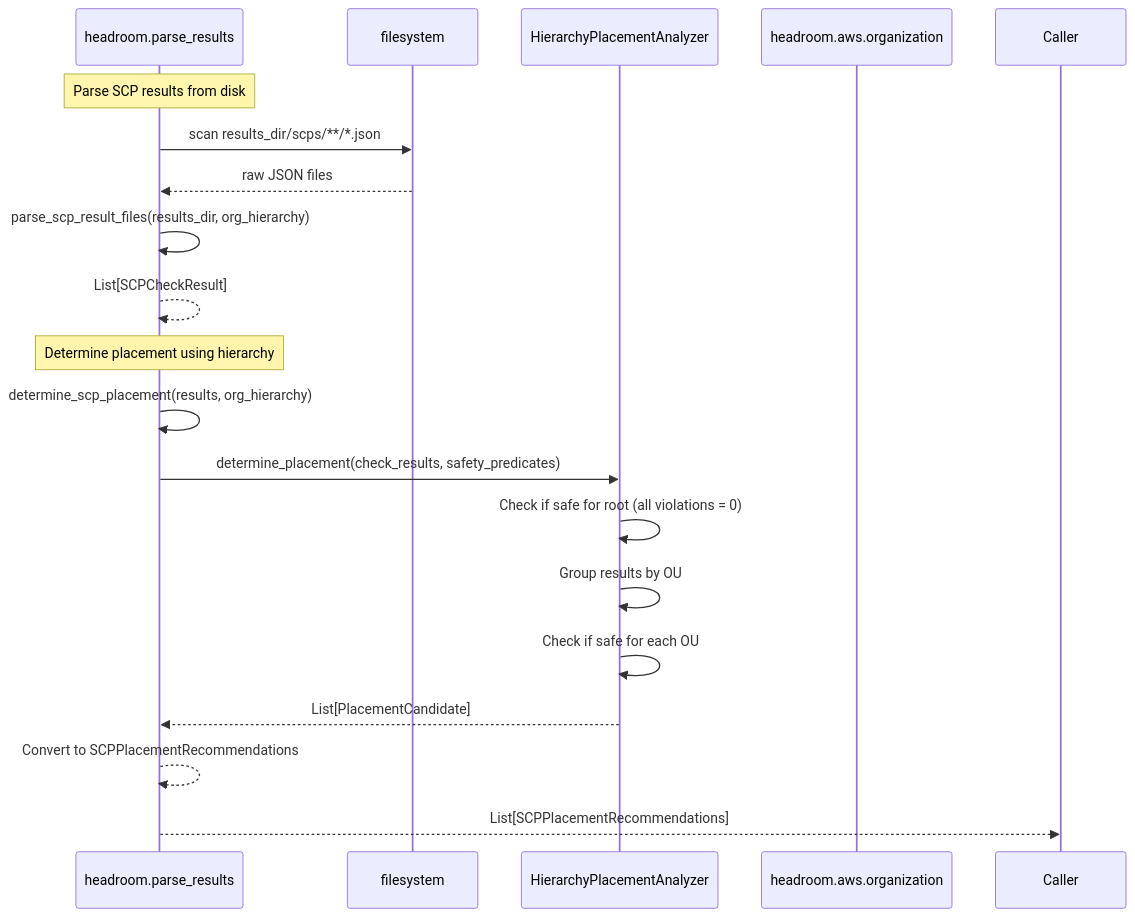
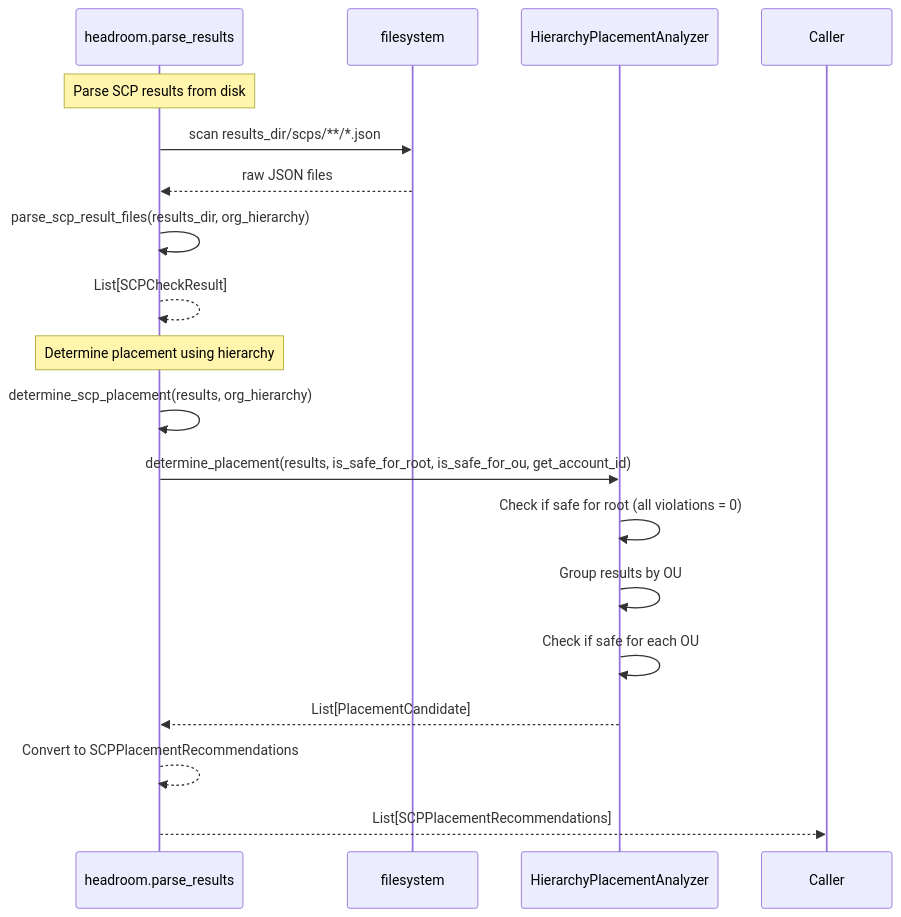
One commit to discocrayon/Headroom changed the third of 4 diagrams in documentation/mermaid_diagrams/sequences.md. Above: the diagram before and after it, drawn with Mermaid. The commit also changed other lines of this file and 134 other files, not shown here.

````diff
--- a/documentation/mermaid_diagrams/sequences.md
+++ b/documentation/mermaid_diagrams/sequences.md
@@ -112,23 +117,22 @@
 ```mermaid
 sequenceDiagram
   participant Results as headroom.parse_results
   participant FS as filesystem
   participant Hierarchy as HierarchyPlacementAnalyzer
-  participant Org as headroom.aws.organization
 
   Note over Results: Parse SCP results from disk
   Results->>FS: scan results_dir/scps/**/*.json
   FS-->>Results: raw JSON files
   Results->>Results: parse_scp_result_files(results_dir, org_hierarchy)
   Results-->>Results: List[SCPCheckResult]
 
   Note over Results: Determine placement using hierarchy
   Results->>Results: determine_scp_placement(results, org_hierarchy)
-  Results->>Hierarchy: determine_placement(check_results, safety_predicates)
+  Results->>Hierarchy: determine_placement(results, is_safe_for_root, is_safe_for_ou, get_account_id)
   Hierarchy->>Hierarchy: Check if safe for root (all violations = 0)
   Hierarchy->>Hierarchy: Group results by OU
   Hierarchy->>Hierarchy: Check if safe for each OU
   Hierarchy-->>Results: List[PlacementCandidate]
   Results-->>Results: Convert to SCPPlacementRecommendations
   Results-->>Caller: List[SCPPlacementRecommendations]
 ```
````
